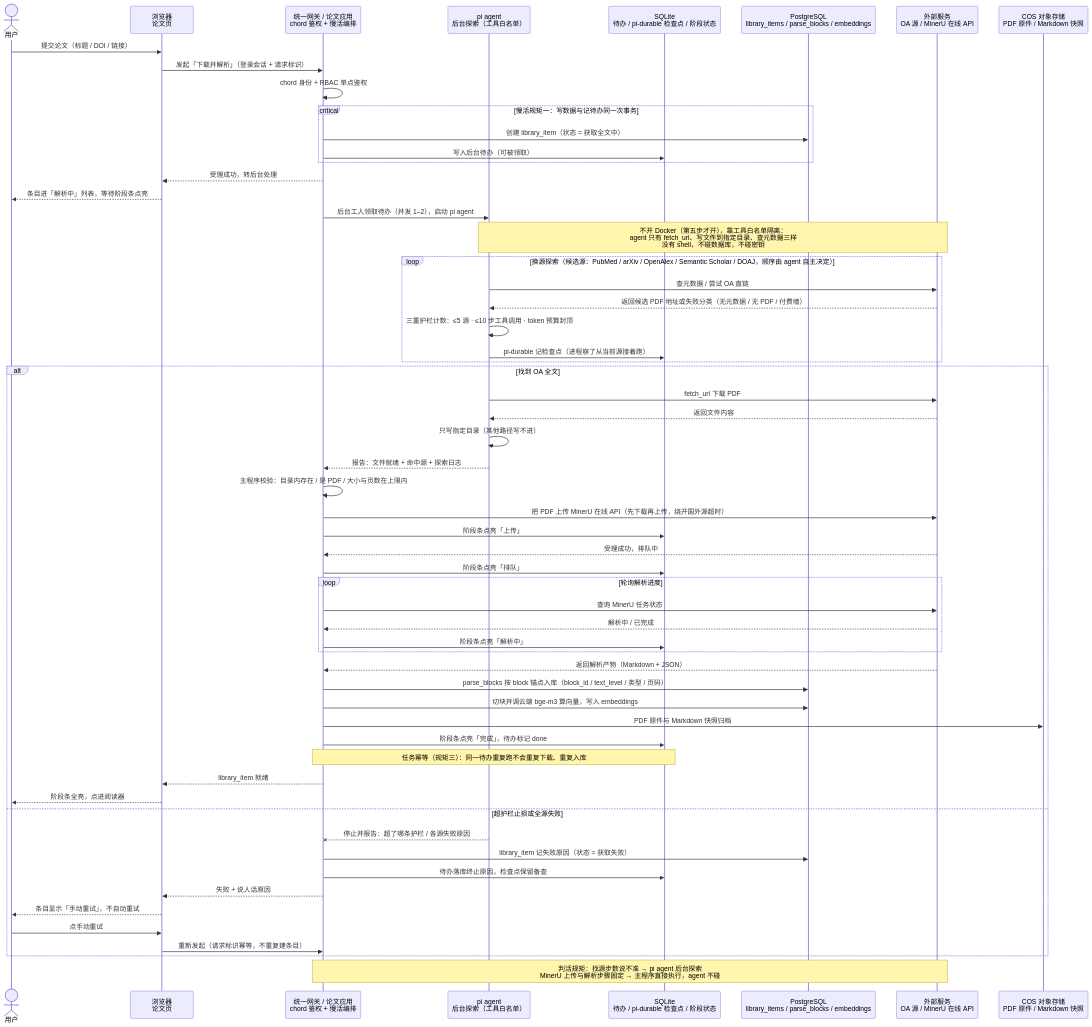
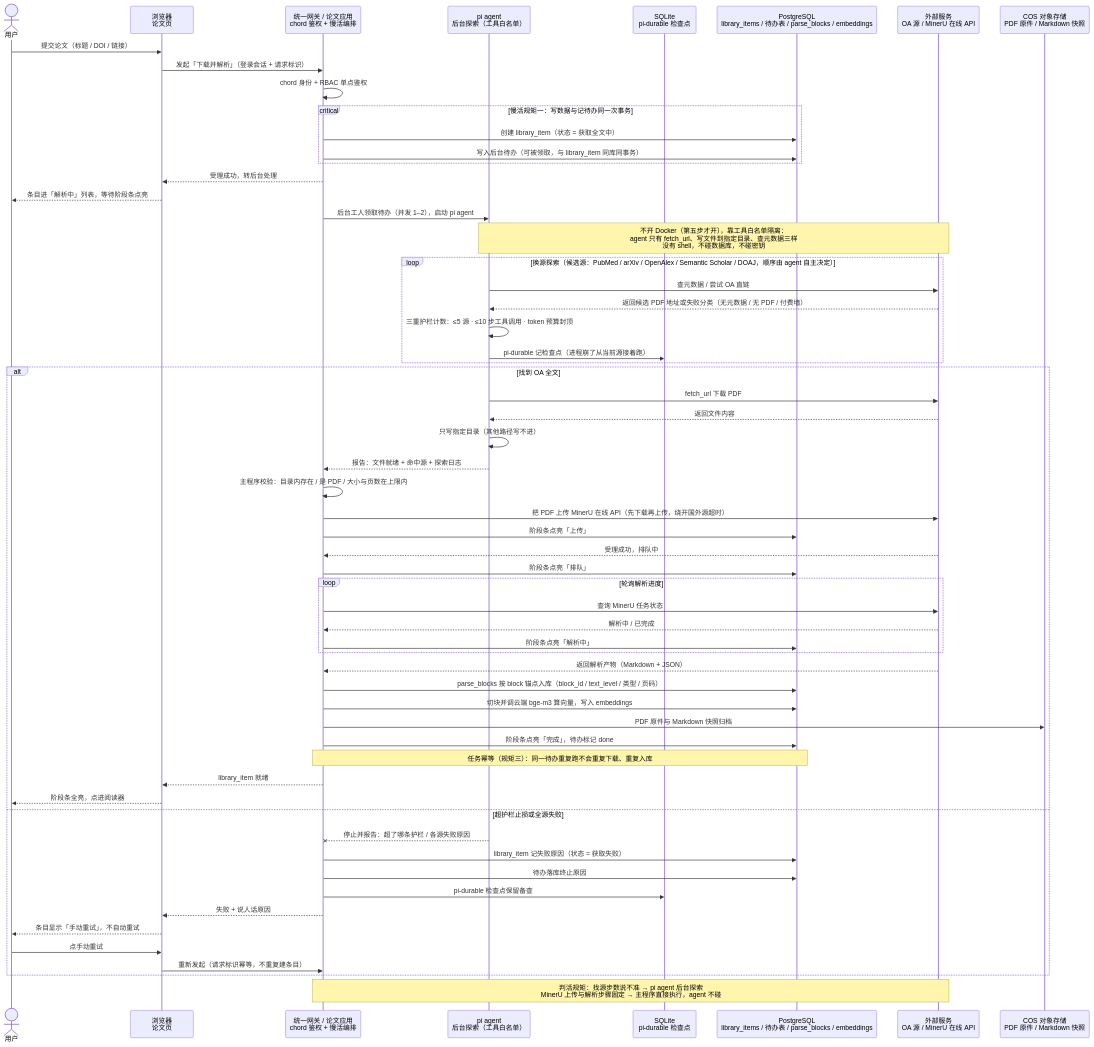
One commit to XiaoPang-Huang/lumencafe changed the seventh of 10 diagrams in docs/白皮书-v3.md. Above: the diagram before and after it, drawn with Mermaid. The commit also changed other lines of this file and 2 other files, not shown here.

Commit message:
docs(存储): 拍板业务待办表放PG并修正图内待办阶段状态指向

````diff
--- a/docs/白皮书-v3.md
+++ b/docs/白皮书-v3.md
@@ -706,65 +708,66 @@
 ```mermaid
 sequenceDiagram
     actor U as 用户
     participant B as 浏览器<br/>论文页
     participant G as 统一网关 / 论文应用<br/>chord 鉴权 + 慢活编排
     participant J as pi agent<br/>后台探索（工具白名单）
-    participant D as SQLite<br/>待办 / pi-durable 检查点 / 阶段状态
-    participant P as PostgreSQL<br/>library_items / parse_blocks / embeddings
+    participant D as SQLite<br/>pi-durable 检查点
+    participant P as PostgreSQL<br/>library_items / 待办表 / parse_blocks / embeddings
     participant X as 外部服务<br/>OA 源 / MinerU 在线 API
     participant O as COS 对象存储<br/>PDF 原件 / Markdown 快照
 
     U->>B: 提交论文（标题 / DOI / 链接）
     B->>G: 发起「下载并解析」（登录会话 + 请求标识）
     G->>G: chord 身份 + RBAC 单点鉴权
     critical 慢活规矩一：写数据与记待办同一次事务
         G->>P: 创建 library_item（状态 = 获取全文中）
-        G->>D: 写入后台待办（可被领取）
+        G->>P: 写入后台待办（可被领取，与 library_item 同库同事务）
     end
     G-->>B: 受理成功，转后台处理
     B-->>U: 条目进「解析中」列表，等待阶段条点亮
 
     G->>J: 后台工人领取待办（并发 1–2），启动 pi agent
     Note over J,X: 不开 Docker（第五步才开），靠工具白名单隔离：<br/>agent 只有 fetch_url、写文件到指定目录、查元数据三样<br/>没有 shell，不碰数据库，不碰密钥
     loop 换源探索（候选源：PubMed / arXiv / OpenAlex / Semantic Scholar / DOAJ，顺序由 agent 自主决定）
         J->>X: 查元数据 / 尝试 OA 直链
         X-->>J: 返回候选 PDF 地址或失败分类（无元数据 / 无 PDF / 付费墙）
         J->>J: 三重护栏计数：≤5 源 · ≤10 步工具调用 · token 预算封顶
         J->>D: pi-durable 记检查点（进程崩了从当前源接着跑）
     end
 
     alt 找到 OA 全文
         J->>X: fetch_url 下载 PDF
         X-->>J: 返回文件内容
         J->>J: 只写指定目录（其他路径写不进）
         J-->>G: 报告：文件就绪 + 命中源 + 探索日志
         G->>G: 主程序校验：目录内存在 / 是 PDF / 大小与页数在上限内
         G->>X: 把 PDF 上传 MinerU 在线 API（先下载再上传，绕开国外源超时）
-        G->>D: 阶段条点亮「上传」
+        G->>P: 阶段条点亮「上传」
         X-->>G: 受理成功，排队中
-        G->>D: 阶段条点亮「排队」
+        G->>P: 阶段条点亮「排队」
         loop 轮询解析进度
             G->>X: 查询 MinerU 任务状态
             X-->>G: 解析中 / 已完成
-            G->>D: 阶段条点亮「解析中」
+            G->>P: 阶段条点亮「解析中」
         end
         X-->>G: 返回解析产物（Markdown + JSON）
         G->>P: parse_blocks 按 block 锚点入库（block_id / text_level / 类型 / 页码）
         G->>P: 切块并调云端 bge-m3 算向量，写入 embeddings
         G->>O: PDF 原件与 Markdown 快照归档
-        G->>D: 阶段条点亮「完成」，待办标记 done
-        Note over G,D: 任务幂等（规矩三）：同一待办重复跑不会重复下载、重复入库
+        G->>P: 阶段条点亮「完成」，待办标记 done
+        Note over G,P: 任务幂等（规矩三）：同一待办重复跑不会重复下载、重复入库
         G-->>B: library_item 就绪
         B-->>U: 阶段条全亮，点进阅读器
     else 超护栏止损或全源失败
         J--xG: 停止并报告：超了哪条护栏 / 各源失败原因
         G->>P: library_item 记失败原因（状态 = 获取失败）
-        G->>D: 待办落库终止原因，检查点保留备查
+        G->>P: 待办落库终止原因
+        G->>D: pi-durable 检查点保留备查
         G-->>B: 失败 + 说人话原因
         B-->>U: 条目显示「手动重试」，不自动重试
         U->>B: 点手动重试
         B->>G: 重新发起（请求标识幂等，不重复建条目）
     end
 
     Note over G,X: 判活规矩：找源步数说不准 → pi agent 后台探索<br/>MinerU 上传与解析步骤固定 → 主程序直接执行，agent 不碰
 ```
````
